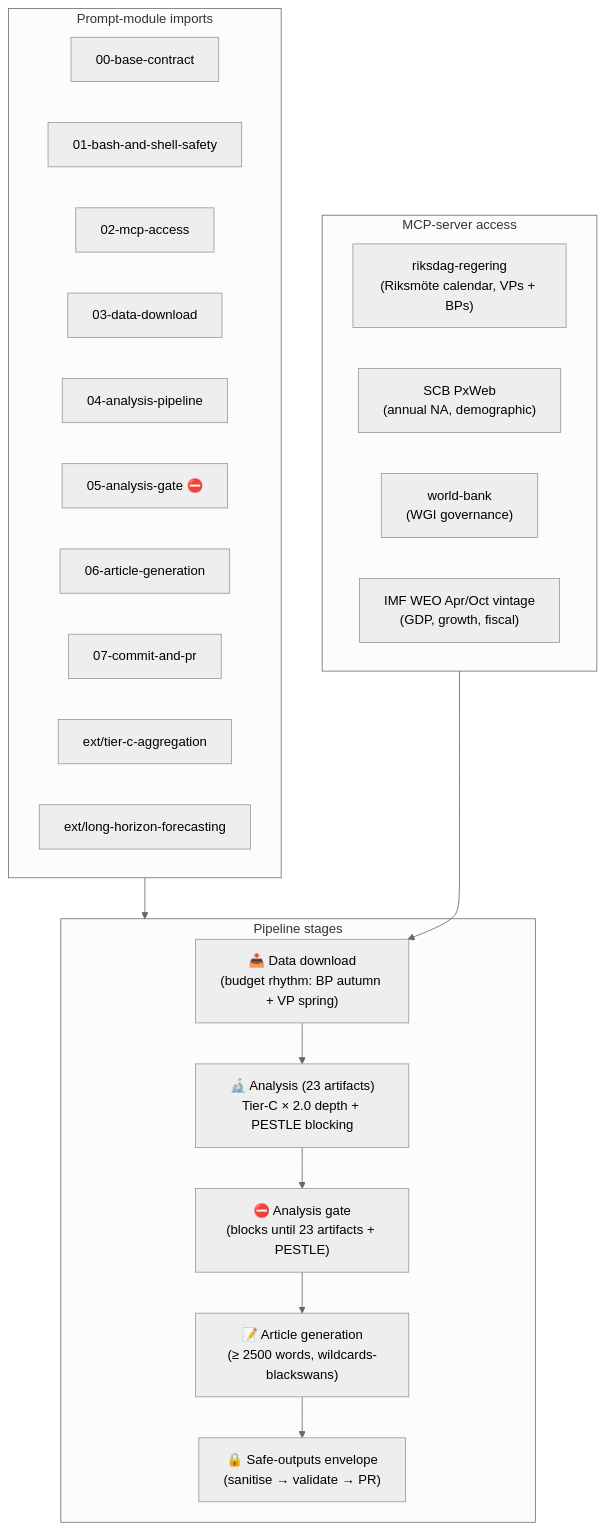
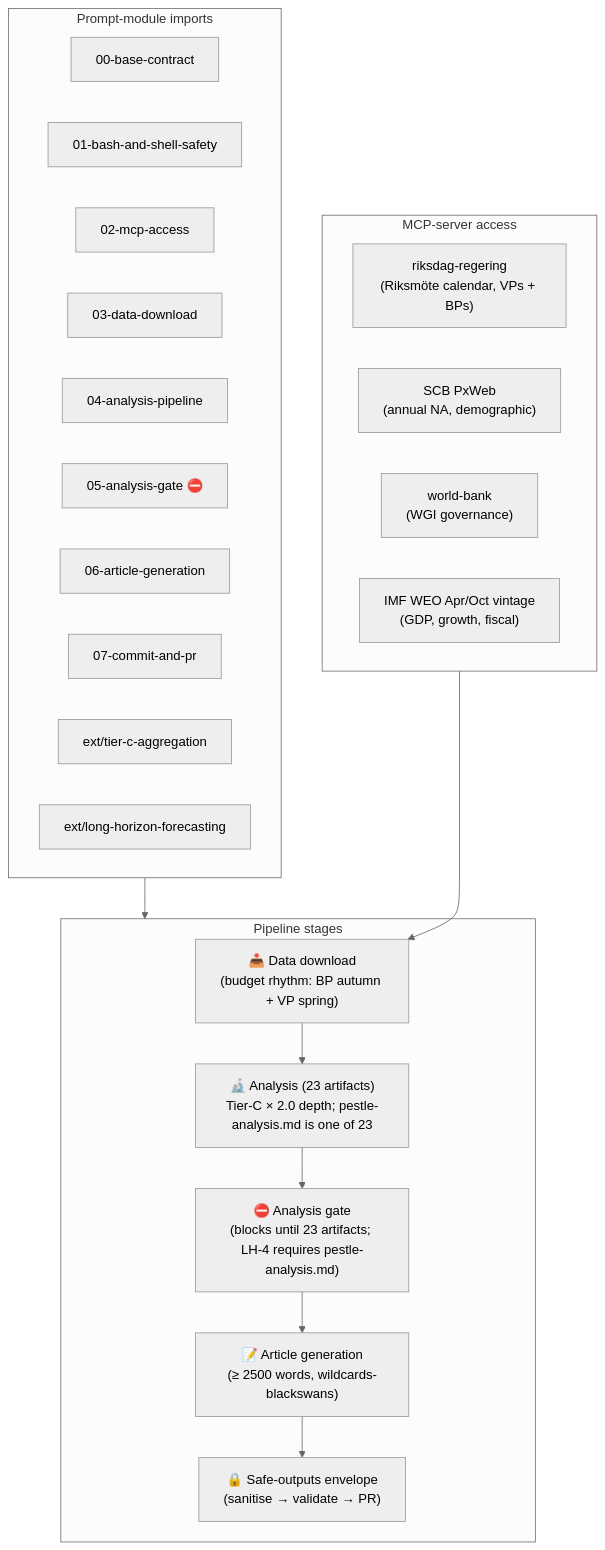
Diagram 15 of 20 in WORKFLOWS.md (Hack23/riksdagsmonitor), drawn with Mermaid (neutral theme) before and after one commit. The commit also changed other lines of this file and 1 other file, not shown here.

First line of the commit message:
Address second review: fix election-cycle status, PESTLE clarity, LH-5 reference, version numbering, and anchor link

````diff
--- a/WORKFLOWS.md
+++ b/WORKFLOWS.md
@@ -1127,34 +1127,34 @@
 ```mermaid
 flowchart TD
     subgraph Imports["Prompt-module imports"]
         P00["00-base-contract"]
         P01["01-bash-and-shell-safety"]
         P02["02-mcp-access"]
         P03["03-data-download"]
         P04["04-analysis-pipeline"]
         P05["05-analysis-gate ⛔"]
         P06["06-article-generation"]
         P07["07-commit-and-pr"]
         EXT1["ext/tier-c-aggregation"]
         EXT2["ext/long-horizon-forecasting"]
     end
 
     subgraph MCP["MCP-server access"]
         RR["riksdag-regering<br/>(Riksmöte calendar, VPs + BPs)"]
         SCB["SCB PxWeb<br/>(annual NA, demographic)"]
         WB["world-bank<br/>(WGI governance)"]
         IMF["IMF WEO Apr/Oct vintage<br/>(GDP, growth, fiscal)"]
     end
 
     subgraph Pipeline["Pipeline stages"]
         A1["📥 Data download<br/>(budget rhythm: BP autumn + VP spring)"]
-        A2["🔬 Analysis (23 artifacts)<br/>Tier-C × 2.0 depth + PESTLE blocking"]
-        A3["⛔ Analysis gate<br/>(blocks until 23 artifacts + PESTLE)"]
+        A2["🔬 Analysis (23 artifacts)<br/>Tier-C × 2.0 depth; pestle-analysis.md is one of 23"]
+        A3["⛔ Analysis gate<br/>(blocks until 23 artifacts; LH-4 requires pestle-analysis.md)"]
         A4["📝 Article generation<br/>(≥ 2500 words, wildcards-blackswans)"]
         A5["🔒 Safe-outputs envelope<br/>(sanitise → validate → PR)"]
     end
 
     Imports --> Pipeline
     MCP --> A1
     A1 --> A2 --> A3 --> A4 --> A5
 ```
````
